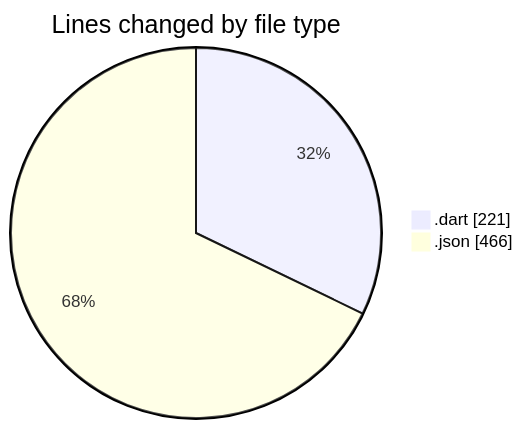
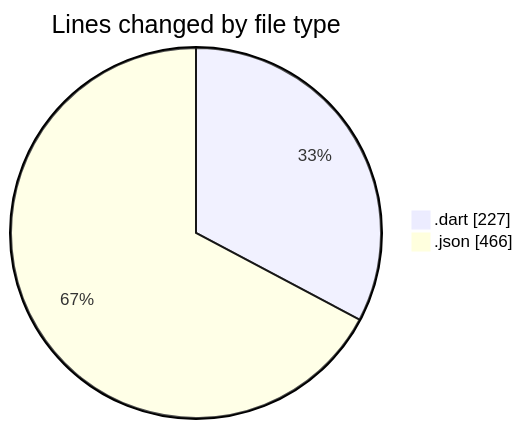
Before and after one commit to idhammustaqopulfikri/code-tracking: the first of 2 diagrams in 2025-04-17/belajar_flutter/README.md, drawn with Mermaid. The commit also changed other lines of this file and 1 other file, not shown here.

````diff
--- a/2025-04-17/belajar_flutter/README.md
+++ b/2025-04-17/belajar_flutter/README.md
@@ -25,6 +25,6 @@
 ```mermaid
 pie showData
 title Lines changed by file type
-".dart" : 221
+".dart" : 227
 ".json" : 466
 ```
````
